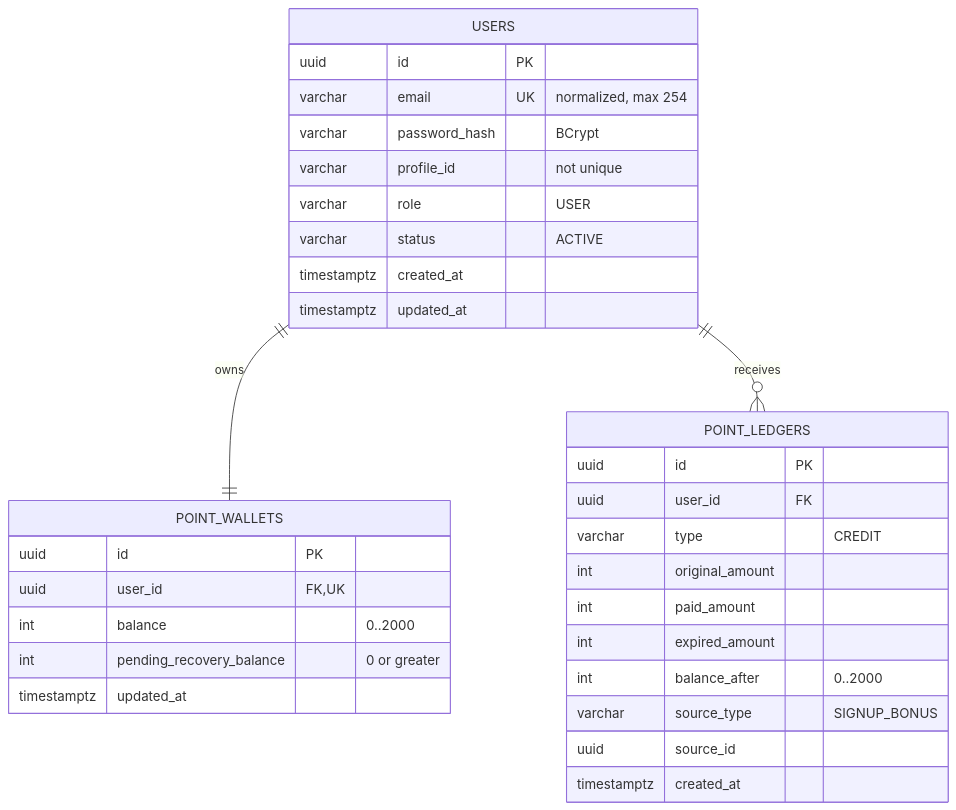
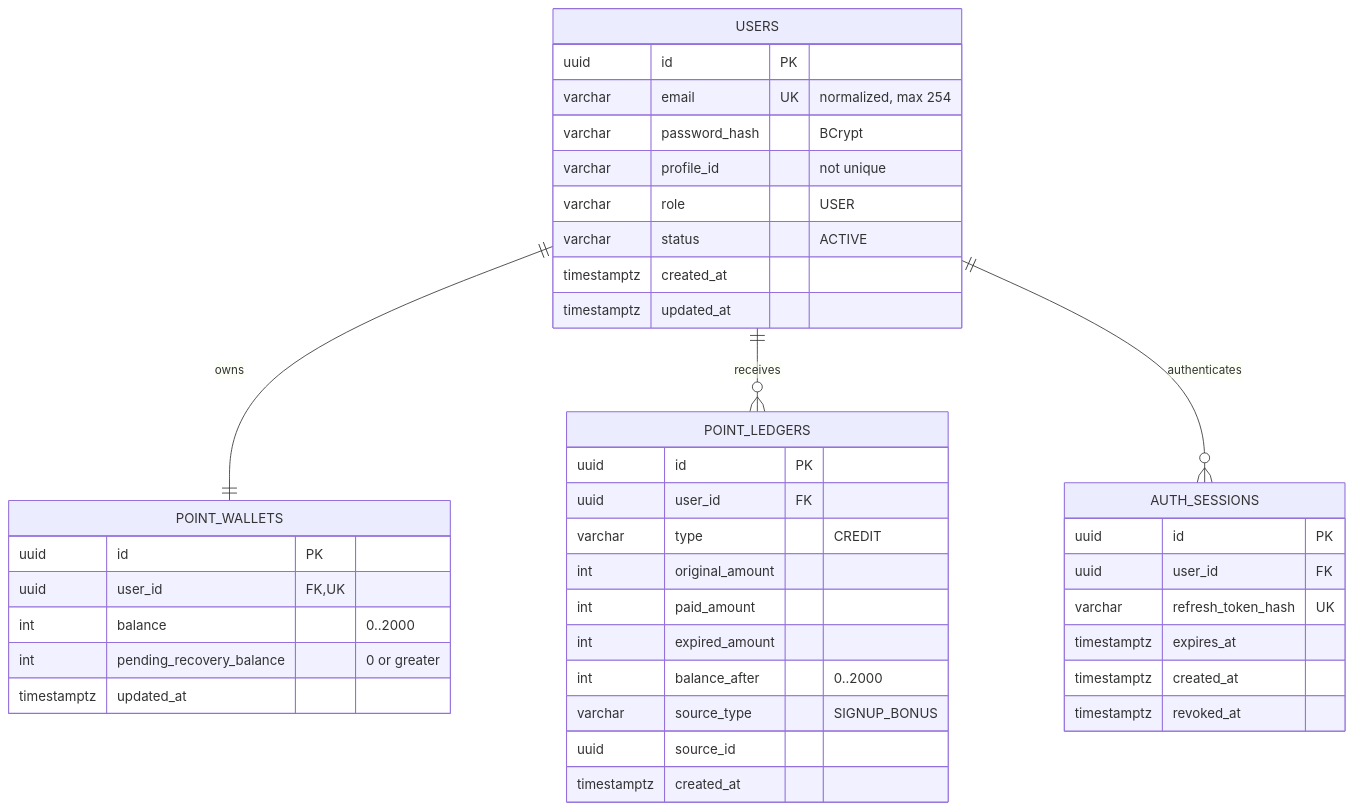
Before and after one commit to OpenSeedDev/openseed-be: the diagram in docs/architecture/erd.md, drawn with Mermaid. The commit also changed other lines of this file and 19 other files, not shown here.

````diff
--- a/docs/architecture/erd.md
+++ b/docs/architecture/erd.md
@@ -5,37 +5,47 @@
 ```mermaid
 erDiagram
     USERS ||--|| POINT_WALLETS : owns
     USERS ||--o{ POINT_LEDGERS : receives
+    USERS ||--o{ AUTH_SESSIONS : authenticates
 
     USERS {
         uuid id PK
         varchar email UK "normalized, max 254"
         varchar password_hash "BCrypt"
         varchar profile_id "not unique"
         varchar role "USER"
         varchar status "ACTIVE"
         timestamptz created_at
         timestamptz updated_at
     }
 
     POINT_WALLETS {
         uuid id PK
         uuid user_id FK,UK
         int balance "0..2000"
         int pending_recovery_balance "0 or greater"
         timestamptz updated_at
     }
 
     POINT_LEDGERS {
         uuid id PK
         uuid user_id FK
         varchar type "CREDIT"
         int original_amount
         int paid_amount
         int expired_amount
         int balance_after "0..2000"
         varchar source_type "SIGNUP_BONUS"
         uuid source_id
         timestamptz created_at
     }
+
+    AUTH_SESSIONS {
+        uuid id PK
+        uuid user_id FK
+        varchar refresh_token_hash UK
+        timestamptz expires_at
+        timestamptz created_at
+        timestamptz revoked_at
+    }
 ```
````
